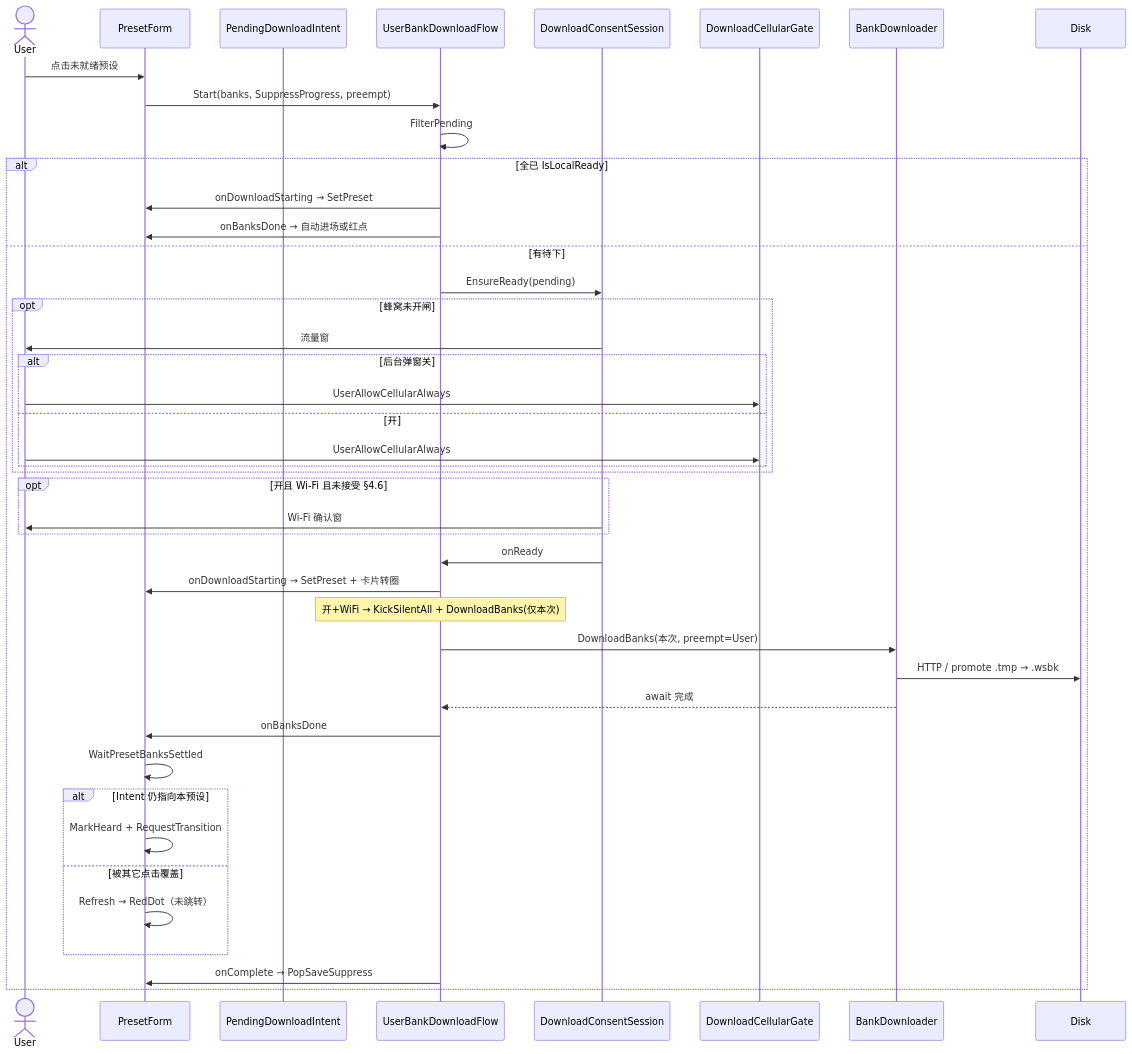
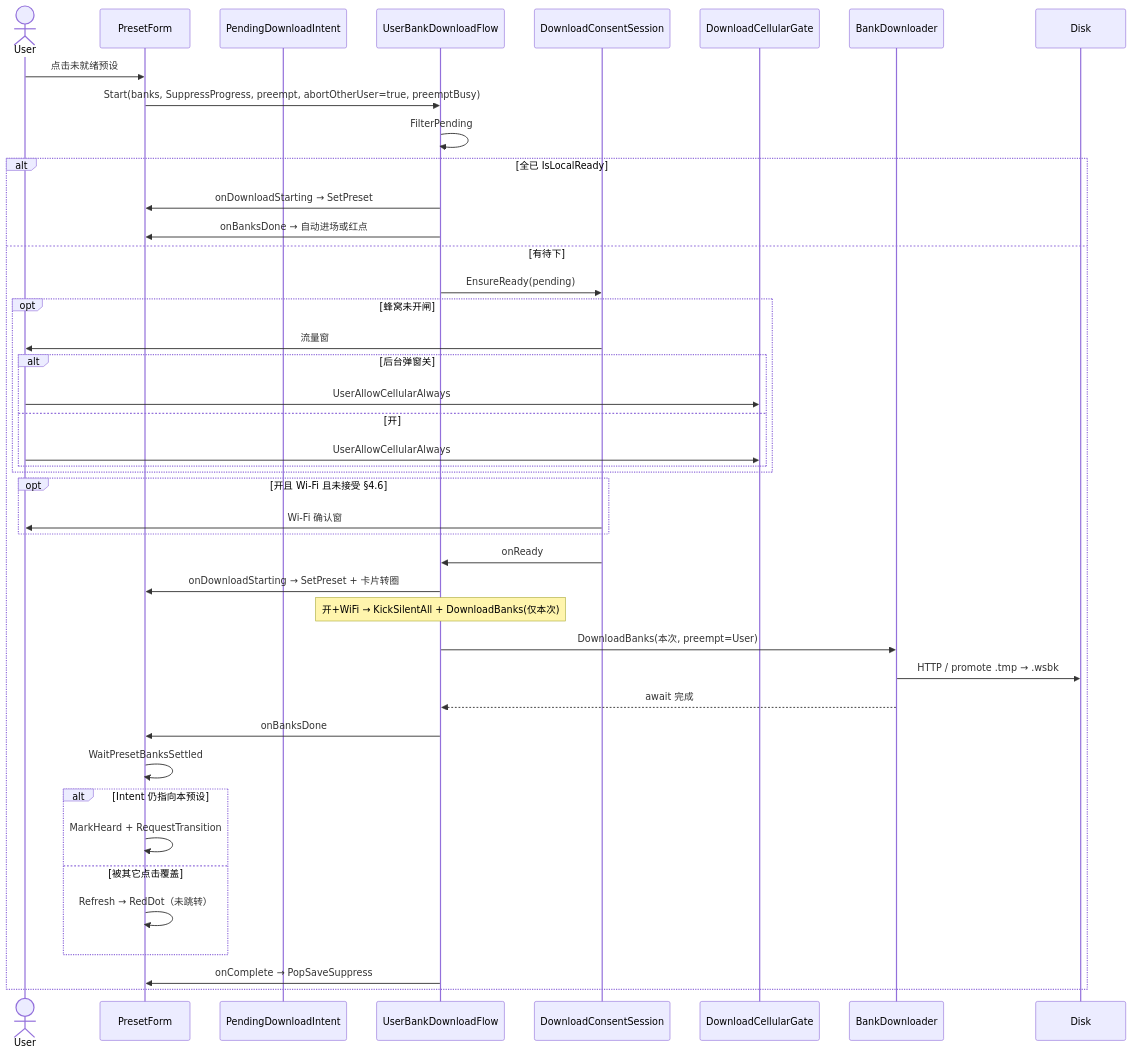
One commit to sika0819/CustomSRP changed the fifth of 12 diagrams in Assets/GameMain/Docs/13-bank-download.md. Above: the diagram before and after it, drawn with Mermaid. The commit also changed other lines of this file and 266 other files, not shown here.

First line of the commit message:
feat(island): harden playback, grass bake, and bank flow

````diff
--- a/Assets/GameMain/Docs/13-bank-download.md
+++ b/Assets/GameMain/Docs/13-bank-download.md
@@ -167,46 +174,46 @@
 ```mermaid
 sequenceDiagram
   actor User
   participant PF as PresetForm
   participant Intent as PendingDownloadIntent
   participant Flow as UserBankDownloadFlow
   participant Consent as DownloadConsentSession
   participant Cell as DownloadCellularGate
   participant DL as BankDownloader
   participant Disk as Disk
 
   User->>PF: 点击未就绪预设
-  PF->>Flow: Start(banks, SuppressProgress, preempt)
+  PF->>Flow: Start(banks, SuppressProgress, preempt, abortOtherUser=true, preemptBusy)
   Flow->>Flow: FilterPending
   alt 全已 IsLocalReady
     Flow->>PF: onDownloadStarting → SetPreset
     Flow->>PF: onBanksDone → 自动进场或红点
   else 有待下
     Flow->>Consent: EnsureReady(pending)
     opt 蜂窝未开闸
       Consent->>User: 流量窗
       alt 后台弹窗关
         User->>Cell: UserAllowCellularAlways
       else 开
         User->>Cell: UserAllowCellularAlways
       end
     end
     opt 开且 Wi‑Fi 且未接受 §4.6
       Consent->>User: Wi‑Fi 确认窗
     end
     Consent->>Flow: onReady
     Flow->>PF: onDownloadStarting → SetPreset + 卡片转圈
     Note over Flow: 开+WiFi → KickSilentAll + DownloadBanks(仅本次)
     Flow->>DL: DownloadBanks(本次, preempt=User)
     DL->>Disk: HTTP / promote .tmp → .wsbk
     DL-->>Flow: await 完成
     Flow->>PF: onBanksDone
     PF->>PF: WaitPresetBanksSettled
     alt Intent 仍指向本预设
       PF->>PF: MarkHeard + RequestTransition
     else 被其它点击覆盖
       PF->>PF: Refresh → RedDot（未跳转）
     end
     Flow->>PF: onComplete → PopSaveSuppress
   end
 ```
````
